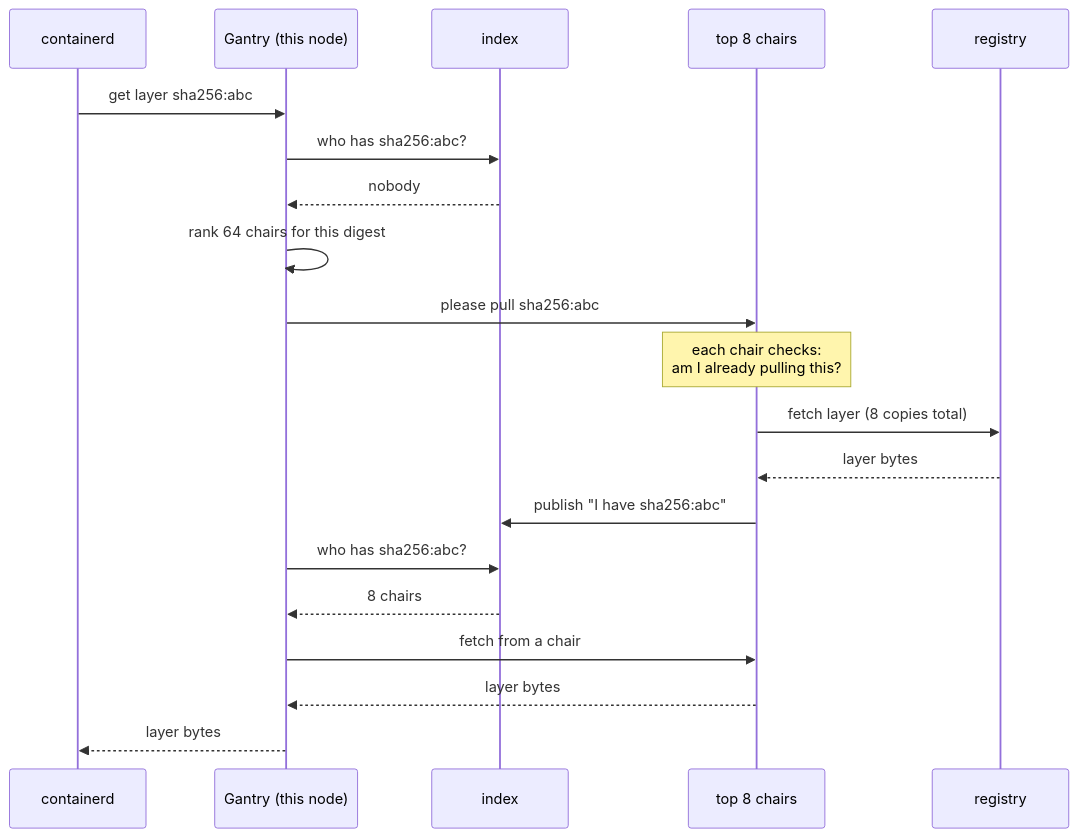
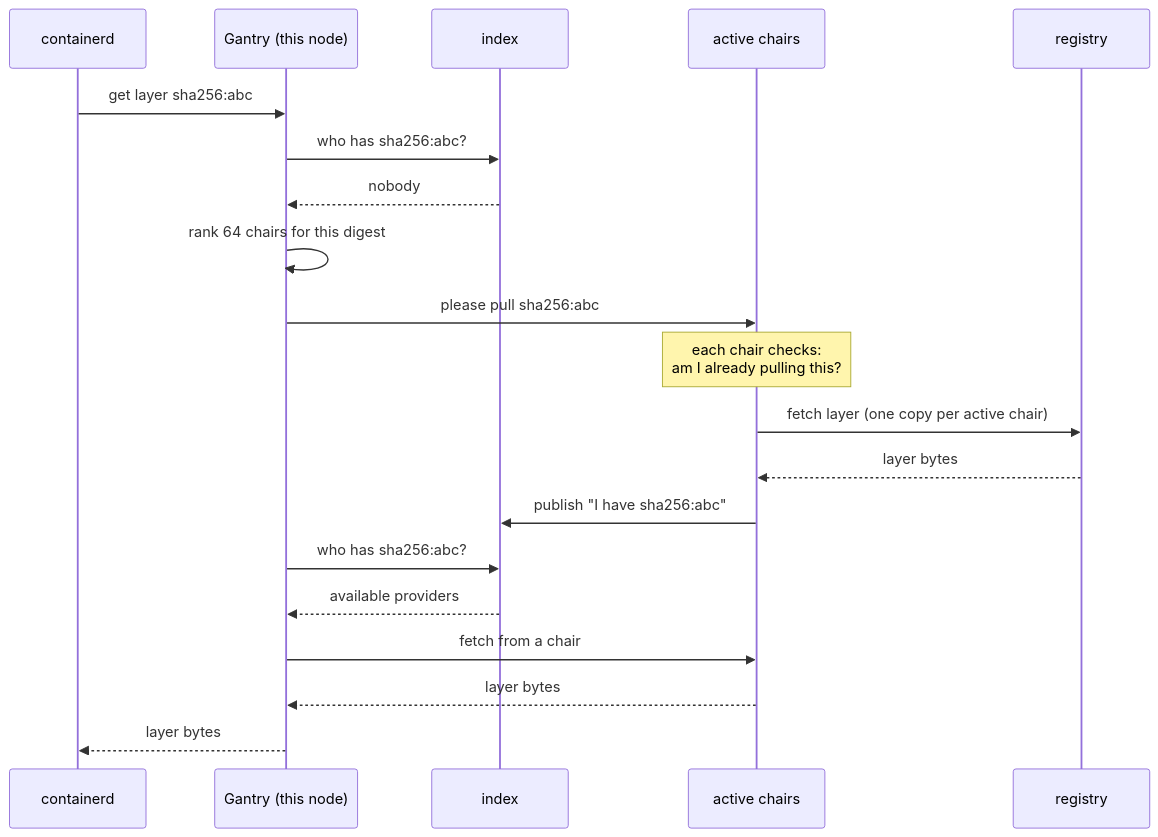
Before and after one commit to Azure/unbounded: the fourth of 9 diagrams in designs/gantry-cold-pull-explained.md, drawn with Mermaid. The commit also changed other lines of this file and 19 other files, not shown here.

````diff
--- a/designs/gantry-cold-pull-explained.md
+++ b/designs/gantry-cold-pull-explained.md
@@ -123,23 +123,23 @@
 ```mermaid
 sequenceDiagram
     participant CD as containerd
     participant G as Gantry (this node)
     participant IX as index
-    participant CH as top 8 chairs
+    participant CH as active chairs
     participant REG as registry
 
     CD->>G: get layer sha256:abc
     G->>IX: who has sha256:abc?
     IX-->>G: nobody
     G->>G: rank 64 chairs for this digest
     G->>CH: please pull sha256:abc
     Note over CH: each chair checks:<br/>am I already pulling this?
-    CH->>REG: fetch layer (8 copies total)
+    CH->>REG: fetch layer (one copy per active chair)
     REG-->>CH: layer bytes
     CH->>IX: publish "I have sha256:abc"
     G->>IX: who has sha256:abc?
-    IX-->>G: 8 chairs
+    IX-->>G: available providers
     G->>CH: fetch from a chair
     CH-->>G: layer bytes
     G-->>CD: layer bytes
 ```
````
